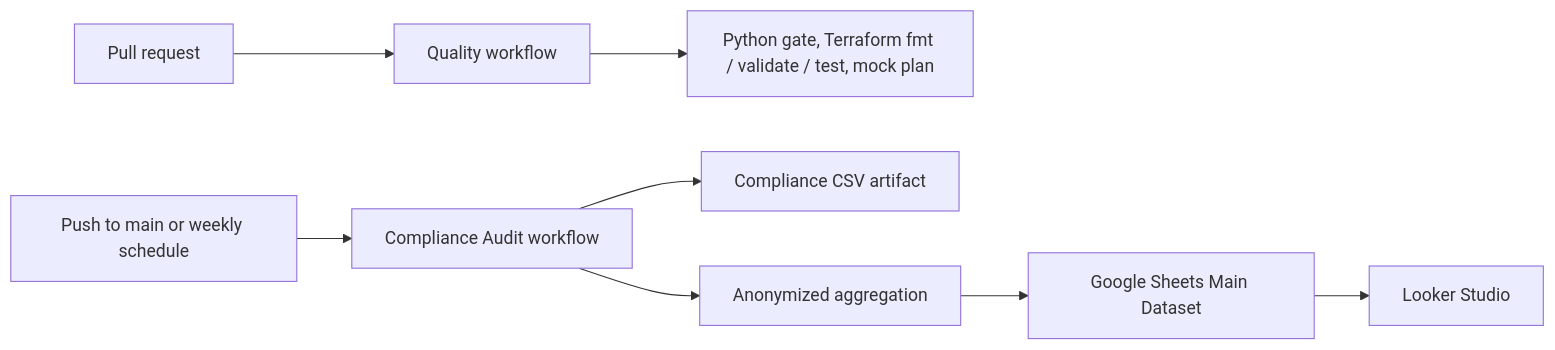
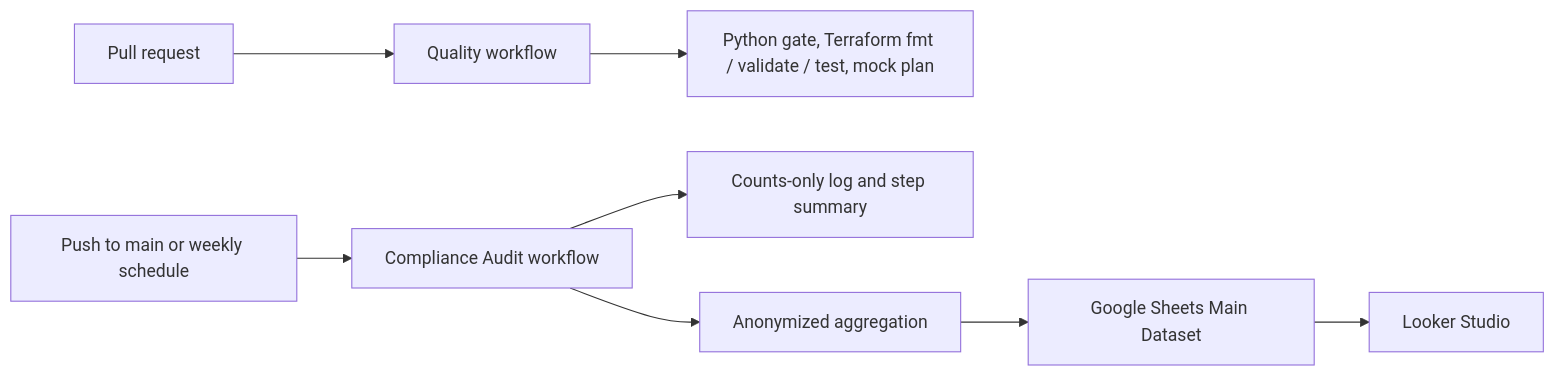
Before and after one commit to neibaur/cloudflare-iac-governance: the diagram in README.md, drawn with Mermaid. The commit also changed other lines of this file and 7 other files, not shown here.

````diff
--- a/README.md
+++ b/README.md
@@ -27,10 +27,10 @@
 ```mermaid
 flowchart LR
     pr[Pull request] --> quality[Quality workflow]
     quality --> checks[Python gate, Terraform fmt / validate / test, mock plan]
     main[Push to main or weekly schedule] --> audit[Compliance Audit workflow]
-    audit --> csv[Compliance CSV artifact]
+    audit --> summary[Counts-only log and step summary]
     audit --> aggregate[Anonymized aggregation]
     aggregate --> sheets[Google Sheets Main Dataset]
     sheets --> looker[Looker Studio]
 ```
````
